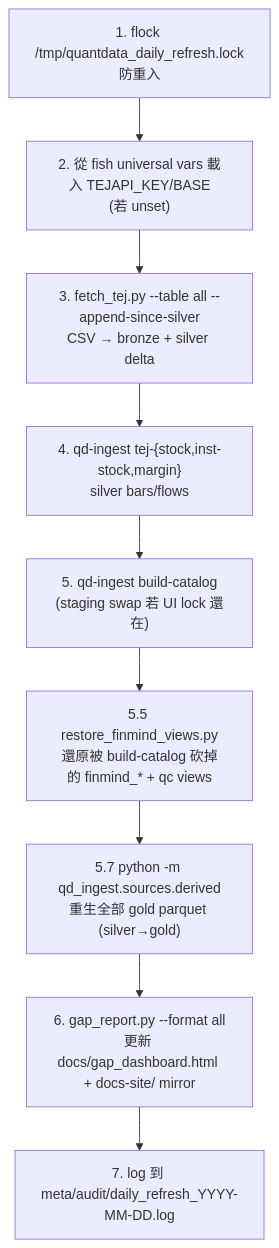
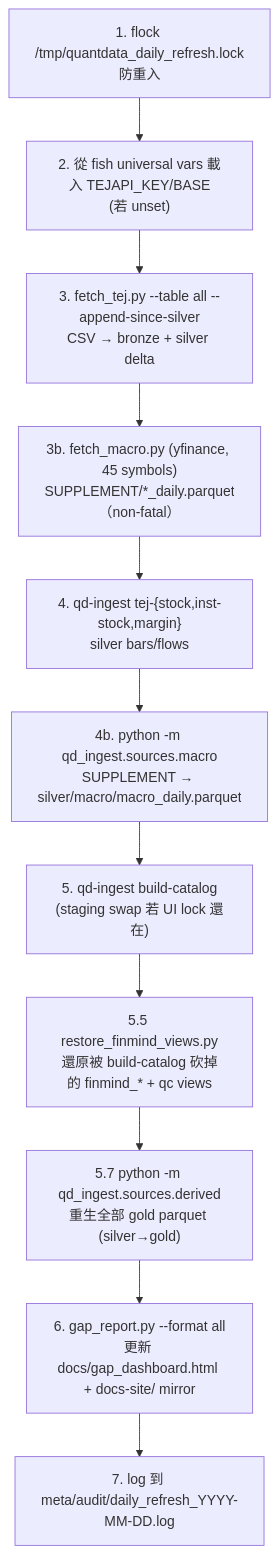
Before and after one commit to gsinvest017-ai/gs-scraper: the diagram in docs-site/ops/daily-refresh.md, drawn with Mermaid. The commit also changed other lines of this file and 5 other files, not shown here.

````diff
--- a/docs-site/ops/daily-refresh.md
+++ b/docs-site/ops/daily-refresh.md
@@ -15,14 +15,16 @@
 ```mermaid
 flowchart TB
     L1["1. flock /tmp/quantdata_daily_refresh.lock<br/>防重入"]
     L2["2. 從 fish universal vars 載入 TEJAPI_KEY/BASE<br/>(若 unset)"]
     L3["3. fetch_tej.py --table all --append-since-silver<br/>CSV → bronze + silver delta"]
+    L35["3b. fetch_macro.py (yfinance, 45 symbols)<br/>SUPPLEMENT/*_daily.parquet（non-fatal）"]
     L4["4. qd-ingest tej-{stock,inst-stock,margin}<br/>silver bars/flows"]
+    L45["4b. python -m qd_ingest.sources.macro<br/>SUPPLEMENT → silver/macro/macro_daily.parquet"]
     L5["5. qd-ingest build-catalog<br/>(staging swap 若 UI lock 還在)"]
     L55["5.5 restore_finmind_views.py<br/>還原被 build-catalog 砍掉的 finmind_* + qc views"]
     L57["5.7 python -m qd_ingest.sources.derived<br/>重生全部 gold parquet (silver→gold)"]
     L6["6. gap_report.py --format all<br/>更新 docs/gap_dashboard.html + docs-site/ mirror"]
     L7["7. log 到 meta/audit/daily_refresh_YYYY-MM-DD.log"]
 
-    L1 --> L2 --> L3 --> L4 --> L5 --> L55 --> L57 --> L6 --> L7
+    L1 --> L2 --> L3 --> L35 --> L4 --> L45 --> L5 --> L55 --> L57 --> L6 --> L7
 ```
````
